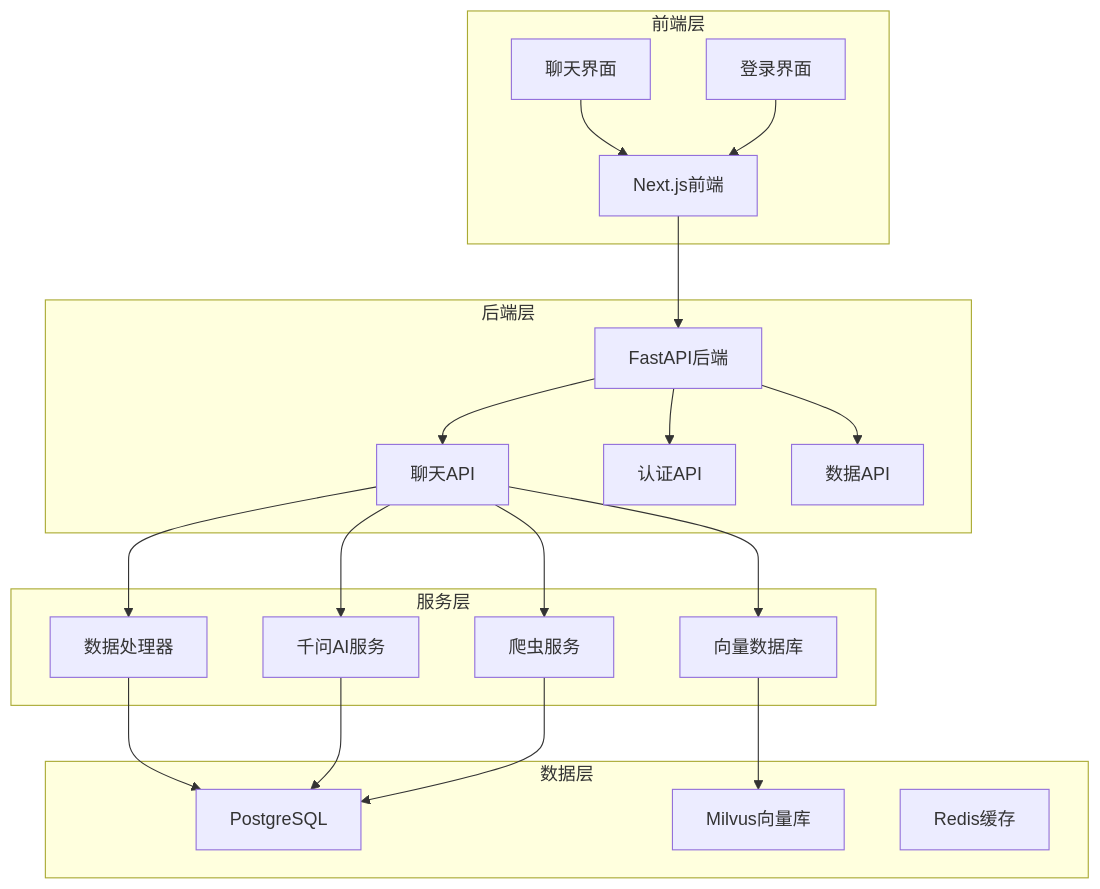
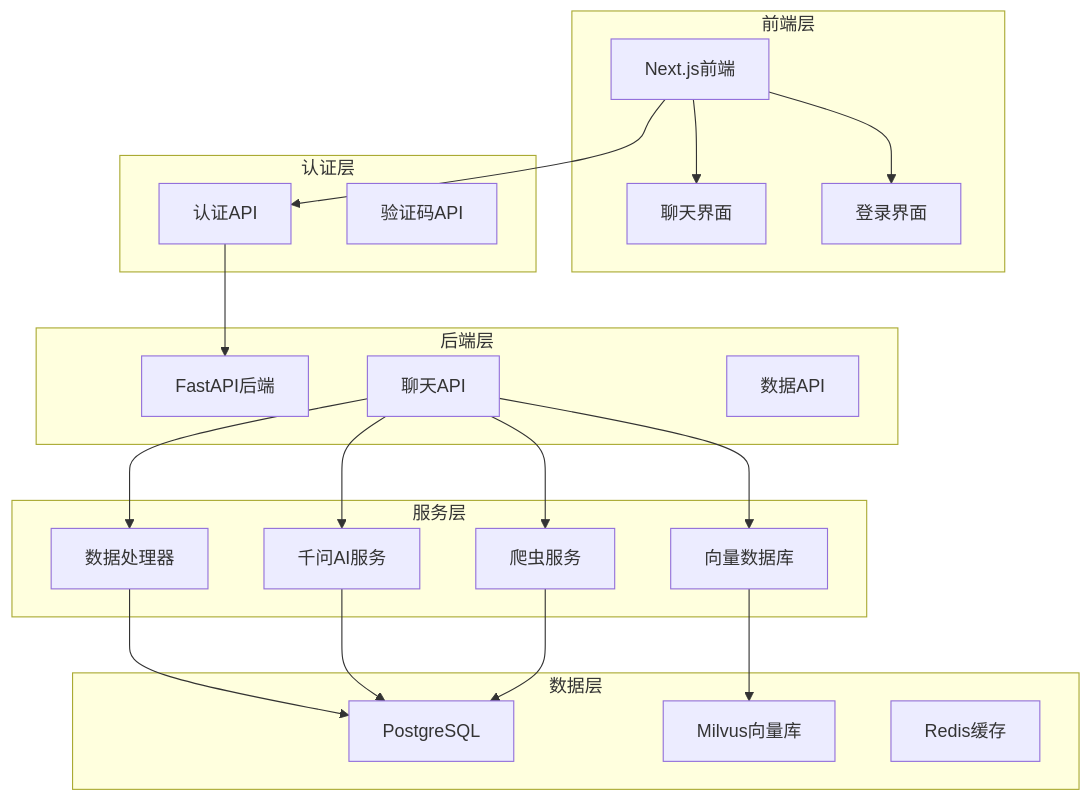
Before and after one commit to ghbbn053-ship-itsoulddog/soulddog: the first of 6 diagrams in .qoder/repowiki/zh/content/后端API文档/聊天API增强.md, drawn with Mermaid. The commit also changed other lines of this file and 11 other files, not shown here.

````diff
--- a/.qoder/repowiki/zh/content/后端API文档/聊天API增强.md
+++ b/.qoder/repowiki/zh/content/后端API文档/聊天API增强.md
@@ -45,39 +58,40 @@
 ```mermaid
 graph TB
 subgraph "前端层"
 FE[Next.js前端]
 ChatUI[聊天界面]
 LoginUI[登录界面]
 end
+subgraph "认证层"
+AuthAPI[认证API]
+CaptchaAPI[验证码API]
+end
 subgraph "后端层"
 API[FastAPI后端]
 ChatAPI[聊天API]
-AuthAPI[认证API]
 DataAPI[数据API]
 end
 subgraph "服务层"
 Qwen[千问AI服务]
 Vector[向量数据库]
 Scraper[爬虫服务]
 Processor[数据处理器]
 end
 subgraph "数据层"
 Postgres[PostgreSQL]
 Milvus[Milvus向量库]
 Redis[Redis缓存]
 end
-FE --> API
-ChatUI --> FE
-LoginUI --> FE
-API --> ChatAPI
-API --> AuthAPI
-API --> DataAPI
+FE --> AuthAPI
+FE --> ChatUI
+FE --> LoginUI
+AuthAPI --> API
 ChatAPI --> Qwen
 ChatAPI --> Vector
 ChatAPI --> Scraper
 ChatAPI --> Processor
 Processor --> Postgres
 Vector --> Milvus
 Qwen --> Postgres
 Scraper --> Postgres
 ```
````
